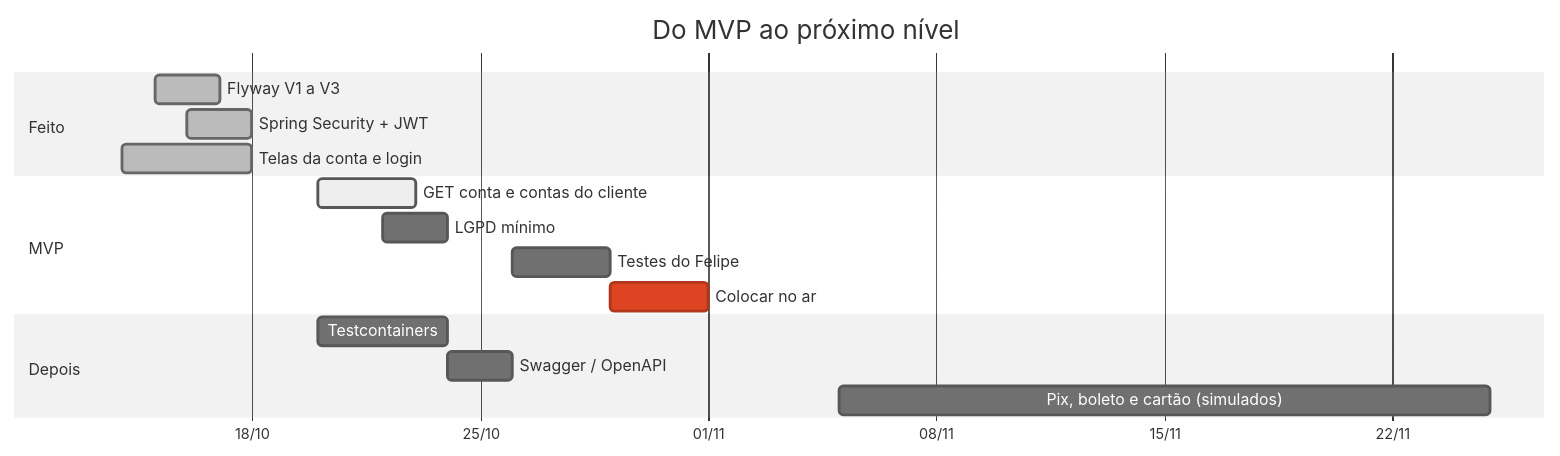
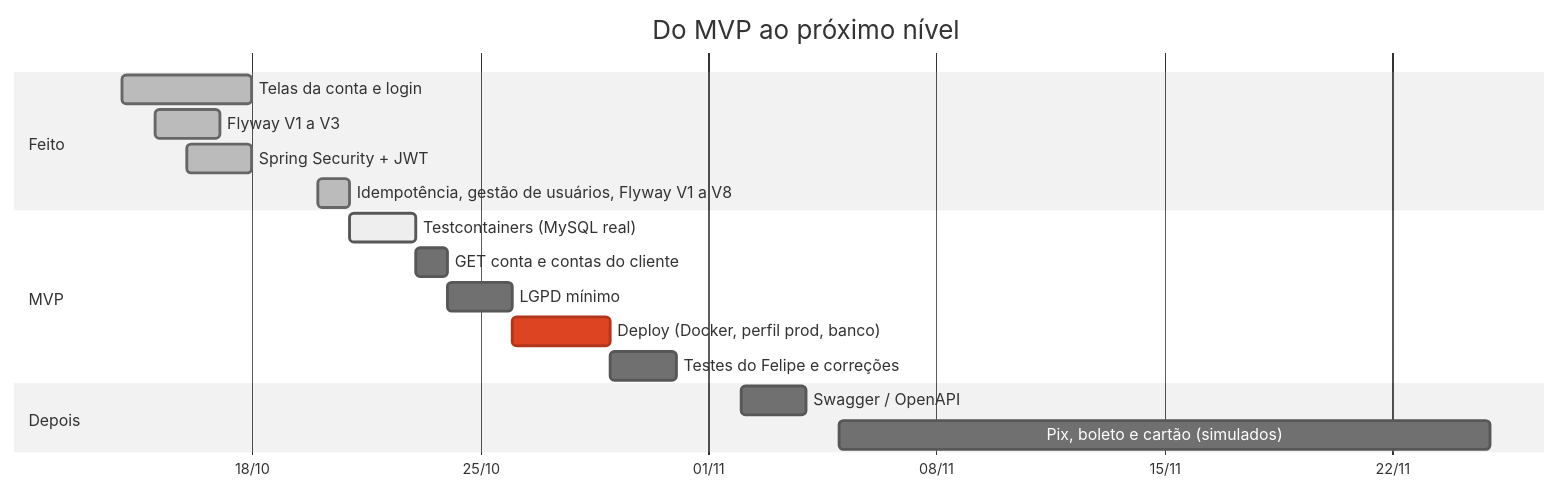
One commit to k3vinrich4rd/rkf_bank changed diagram 11 of 12 in README.md. Above: the diagram before and after it, drawn with Mermaid (neutral theme). The commit also changed other lines of this file and 2 other files, not shown here.

First line of the commit message:
docs: Flyway e Spring Security por dentro e ordem até o MVP (#40)

````diff
--- a/README.md
+++ b/README.md
@@ -1000,19 +1109,20 @@
 ```mermaid
 gantt
     title Do MVP ao próximo nível
     dateFormat YYYY-MM-DD
     axisFormat %d/%m
     section Feito
-    Flyway V1 a V3                 :done,   f1, 2026-10-15, 2d
-    Spring Security + JWT          :done,   f2, 2026-10-16, 2d
-    Telas da conta e login         :done,   f0, 2026-10-14, 4d
+    Telas da conta e login               :done,   f0, 2026-10-14, 4d
+    Flyway V1 a V3                       :done,   f1, 2026-10-15, 2d
+    Spring Security + JWT                :done,   f2, 2026-10-16, 2d
+    Idempotência, gestão de usuários, Flyway V1 a V8 :done, f3, 2026-10-20, 1d
     section MVP
-    GET conta e contas do cliente  :active, m1, 2026-10-20, 3d
-    LGPD mínimo                    :        m2, 2026-10-22, 2d
-    Testes do Felipe              :        m3, 2026-10-26, 3d
-    Colocar no ar                  :crit,   m4, 2026-10-29, 3d
+    Testcontainers (MySQL real)          :active, m0, 2026-10-21, 2d
+    GET conta e contas do cliente        :        m1, after m0, 1d
+    LGPD mínimo                          :        m2, after m1, 2d
+    Deploy (Docker, perfil prod, banco)  :crit,   m4, after m2, 3d
+    Testes do Felipe e correções         :        m3, after m4, 2d
     section Depois
-    Testcontainers                 :        p1, 2026-10-20, 4d
-    Swagger / OpenAPI              :        p2, after p1, 2d
-    Pix, boleto e cartão (simulados) :      p3, 2026-11-05, 20d
+    Swagger / OpenAPI                    :        p2, 2026-11-02, 2d
+    Pix, boleto e cartão (simulados)     :        p3, 2026-11-05, 20d
 ```
````
